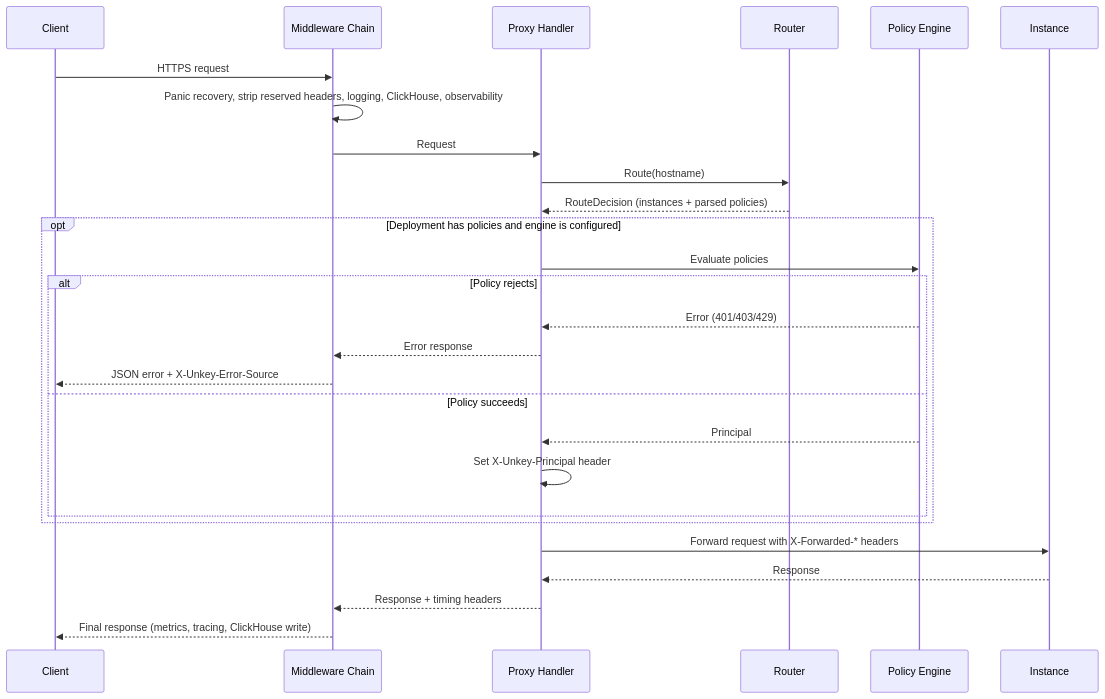
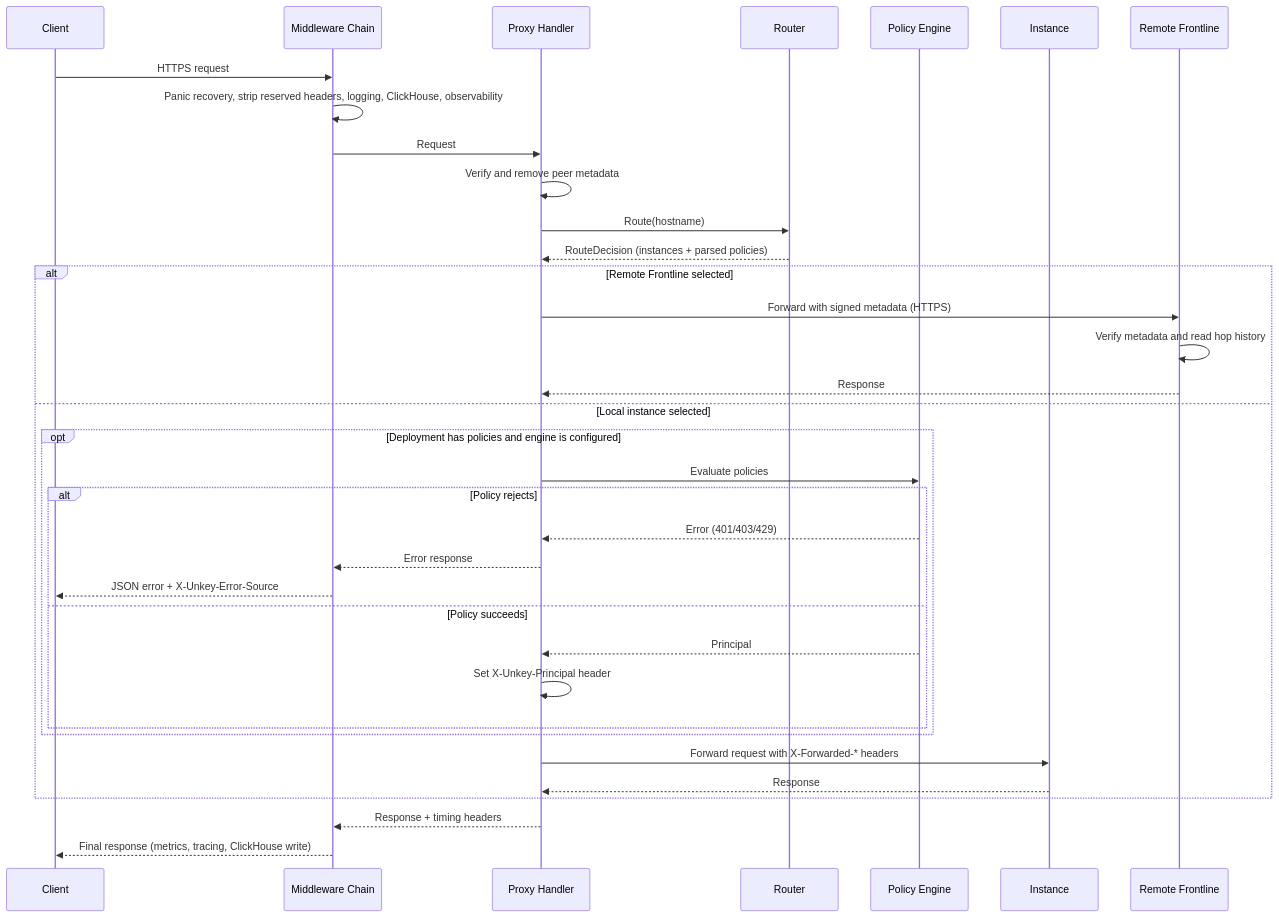
Before and after one commit to unkeyed/unkey: the diagram in docs/engineering/architecture/services/frontline/request-flow.mdx, drawn with Mermaid. The commit also changed other lines of this file and 24 other files, not shown here.

First line of the commit message:
feat(frontline): sign cross-region metadata

````diff
--- a/docs/engineering/architecture/services/frontline/request-flow.mdx
+++ b/docs/engineering/architecture/services/frontline/request-flow.mdx
@@ -8,33 +8,41 @@
 ```mermaid
 sequenceDiagram
     participant C as Client
     participant MW as Middleware Chain
     participant H as Proxy Handler
     participant R as Router
     participant E as Policy Engine
     participant I as Instance
+    participant RF as Remote Frontline
 
     C->>MW: HTTPS request
     MW->>MW: Panic recovery, strip reserved headers, logging, ClickHouse, observability
     MW->>H: Request
 
+    H->>H: Verify and remove peer metadata
     H->>R: Route(hostname)
     R-->>H: RouteDecision (instances + parsed policies)
 
-    opt Deployment has policies and engine is configured
-        H->>E: Evaluate policies
-        alt Policy rejects
-            E-->>H: Error (401/403/429)
-            H-->>MW: Error response
-            MW-->>C: JSON error + X-Unkey-Error-Source
-        else Policy succeeds
-            E-->>H: Principal
-            H->>H: Set X-Unkey-Principal header
+    alt Remote Frontline selected
+        H->>RF: Forward with signed metadata (HTTPS)
+        RF->>RF: Verify metadata and read hop history
+        RF-->>H: Response
+    else Local instance selected
+        opt Deployment has policies and engine is configured
+            H->>E: Evaluate policies
+            alt Policy rejects
+                E-->>H: Error (401/403/429)
+                H-->>MW: Error response
+                MW-->>C: JSON error + X-Unkey-Error-Source
+            else Policy succeeds
+                E-->>H: Principal
+                H->>H: Set X-Unkey-Principal header
+            end
         end
+
+        H->>I: Forward request with X-Forwarded-* headers
+        I-->>H: Response
     end
-
-    H->>I: Forward request with X-Forwarded-* headers
-    I-->>H: Response
     H-->>MW: Response + timing headers
     MW-->>C: Final response (metrics, tracing, ClickHouse write)
 ```
````
